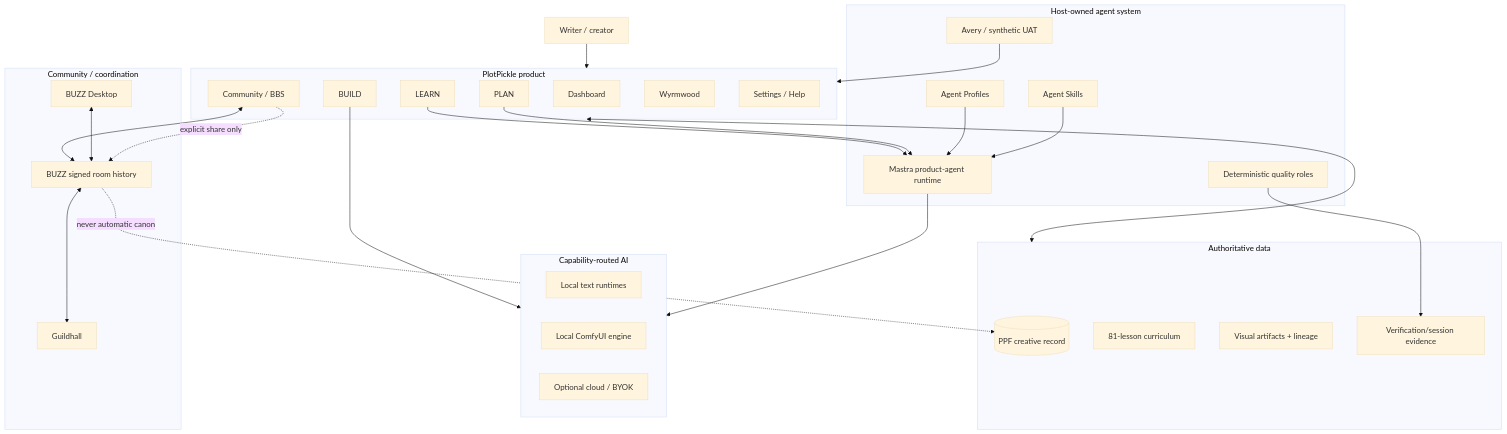
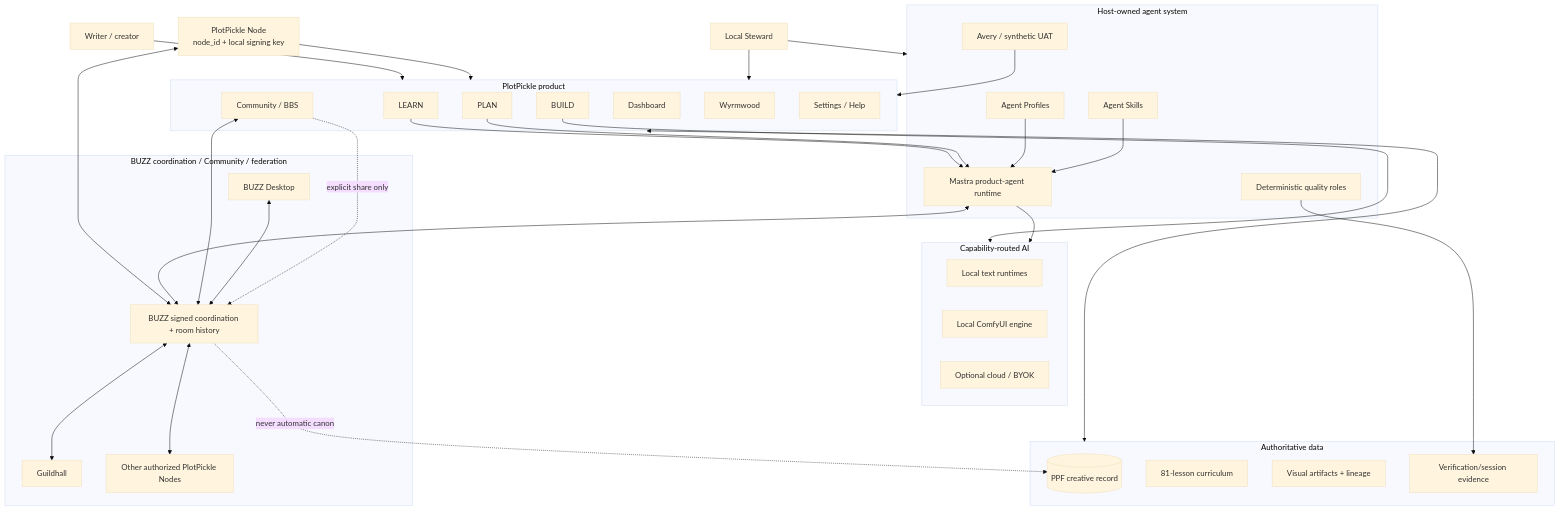
The diagram in README.md (BryanHarrisScripts/PlotPickle), drawn with Mermaid (base theme) before and after one commit. The commit also changed other lines of this file, not shown here.

Commit message:
docs: show Node Steward and BUZZ relationship in README

````diff
--- a/README.md
+++ b/README.md
@@ -160,58 +186,67 @@
 ```mermaid
 flowchart TB
     Writer[Writer / creator]
+    NodeIdentity[PlotPickle Node\nnode_id + local signing key]
+    Steward[Local Steward]
 
     subgraph Product[PlotPickle product]
       Dashboard[Dashboard]
       Community[Community / BBS]
       Learn[LEARN]
       Plan[PLAN]
       Build[BUILD]
       Game[Wyrmwood]
       Settings[Settings / Help]
     end
 
     subgraph Agents[Host-owned agent system]
       Profiles[Agent Profiles]
       Skills[Agent Skills]
       Mastra[Mastra product-agent runtime]
       Avery[Avery / synthetic UAT]
       Gates[Deterministic quality roles]
     end
 
     subgraph AI[Capability-routed AI]
       LocalText[Local text runtimes]
       Comfy[Local ComfyUI engine]
       Cloud[Optional cloud / BYOK]
     end
 
     subgraph Authority[Authoritative data]
       PPF[(PPF creative record)]
       Curriculum[81-lesson curriculum]
       Assets[Visual artifacts + lineage]
       Evidence[Verification/session evidence]
     end
 
-    subgraph Network[Community / coordination]
-      BUZZ[BUZZ signed room history]
+    subgraph Network[BUZZ coordination / Community / federation]
+      BUZZ[BUZZ signed coordination + room history]
       Desktop[BUZZ Desktop]
       Guildhall[Guildhall]
+      RemoteNode[Other authorized PlotPickle Nodes]
     end
 
     Writer --> Product
+    NodeIdentity --> Product
+    NodeIdentity <--> BUZZ
+    Steward --> Product
+    Steward --> Agents
     Product <--> Authority
     Learn --> Mastra
     Plan --> Mastra
     Build --> AI
     Profiles --> Mastra
     Skills --> Mastra
     Mastra --> AI
+    Mastra <--> BUZZ
     Avery --> Product
     Gates --> Evidence
 
     Community <--> BUZZ
     Desktop <--> BUZZ
     BUZZ <--> Guildhall
+    BUZZ <--> RemoteNode
     Community -. explicit share only .-> BUZZ
     BUZZ -. never automatic canon .-> PPF
 ```
````
